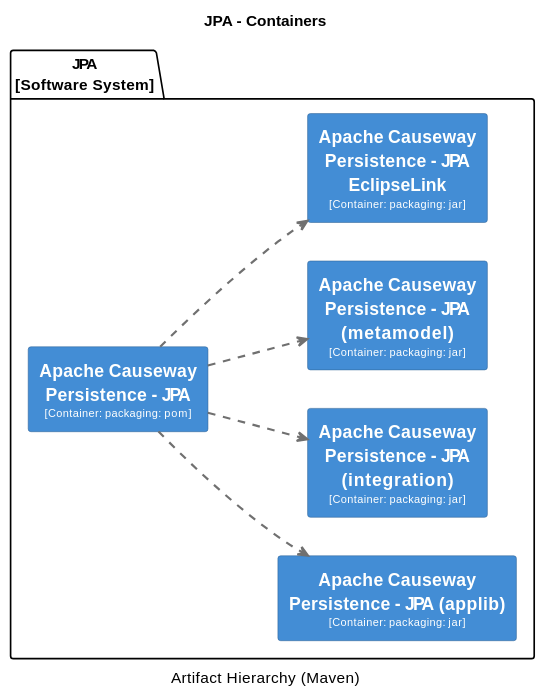
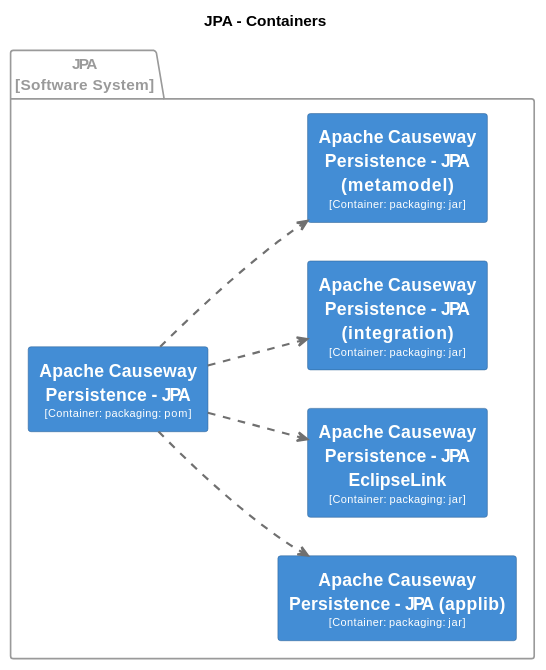
The tenth of 31 diagrams in core/adoc/modules/_overview/pages/about.adoc (apache/causeway), drawn with PlantUML before and after one commit. The commit also changed other lines of this file and 7 other files, not shown here.

```diff
--- a/core/adoc/modules/_overview/pages/about.adoc
+++ b/core/adoc/modules/_overview/pages/about.adoc
@@ -2010,53 +2321,61 @@
 [plantuml,JPA,svg]
 ----
-@startuml(id=JPA)
+@startuml
+set separator none
 title JPA - Containers
-caption Artifact Hierarchy (Maven)
+
+left to right direction
 
 skinparam {
   shadowing false
   arrowFontSize 10
   defaultTextAlignment center
   wrapWidth 200
   maxMessageSize 100
 }
+
 hide stereotype
-left to right direction
-skinparam rectangle<<2>> {
+
+skinparam rectangle<<JPA.ApacheCausewayPersistenceJPA>> {
   BackgroundColor #438dd5
   FontColor #fffffe
   BorderColor #2e6295
 }
-skinparam rectangle<<3>> {
+skinparam rectangle<<JPA.ApacheCausewayPersistenceJPAapplib>> {
   BackgroundColor #438dd5
   FontColor #fffffe
   BorderColor #2e6295
 }
-skinparam rectangle<<4>> {
+skinparam rectangle<<JPA.ApacheCausewayPersistenceJPAintegration>> {
   BackgroundColor #438dd5
   FontColor #fffffe
   BorderColor #2e6295
 }
-skinparam rectangle<<5>> {
+skinparam rectangle<<JPA.ApacheCausewayPersistenceJPAmetamodel>> {
   BackgroundColor #438dd5
   FontColor #fffffe
   BorderColor #2e6295
 }
-skinparam rectangle<<6>> {
+skinparam rectangle<<JPA.ApacheCausewayPersistenceJPAEclipseLink>> {
   BackgroundColor #438dd5
   FontColor #fffffe
   BorderColor #2e6295
 }
-package "JPA\n[Software System]" {
-  rectangle "==Apache Causeway Persistence - JPA\n<size:10>[Container: packaging: pom]</size>" <<2>> as 2
-  rectangle "==Apache Causeway Persistence - JPA (applib)\n<size:10>[Container: packaging: jar]</size>" <<3>> as 3
-  rectangle "==Apache Causeway Persistence - JPA (integration)\n<size:10>[Container: packaging: jar]</size>" <<5>> as 5
-  rectangle "==Apache Causeway Persistence - JPA (metamodel)\n<size:10>[Container: packaging: jar]</size>" <<6>> as 6
-  rectangle "==Apache Causeway Persistence - JPA EclipseLink\n<size:10>[Container: packaging: jar]</size>" <<4>> as 4
+
+package "JPA\n[Software System]" <<JPA>> {
+  skinparam PackageBorderColor<<JPA>> #9a9a9a
+  skinparam PackageFontColor<<JPA>> #9a9a9a
+
+  rectangle "==Apache Causeway Persistence - JPA\n<size:10>[Container: packaging: pom]</size>" <<JPA.ApacheCausewayPersistenceJPA>> as JPA.ApacheCausewayPersistenceJPA
+  rectangle "==Apache Causeway Persistence - JPA (applib)\n<size:10>[Container: packaging: jar]</size>" <<JPA.ApacheCausewayPersistenceJPAapplib>> as JPA.ApacheCausewayPersistenceJPAapplib
+  rectangle "==Apache Causeway Persistence - JPA EclipseLink\n<size:10>[Container: packaging: jar]</size>" <<JPA.ApacheCausewayPersistenceJPAEclipseLink>> as JPA.ApacheCausewayPersistenceJPAEclipseLink
+  rectangle "==Apache Causeway Persistence - JPA (integration)\n<size:10>[Container: packaging: jar]</size>" <<JPA.ApacheCausewayPersistenceJPAintegration>> as JPA.ApacheCausewayPersistenceJPAintegration
+  rectangle "==Apache Causeway Persistence - JPA (metamodel)\n<size:10>[Container: packaging: jar]</size>" <<JPA.ApacheCausewayPersistenceJPAmetamodel>> as JPA.ApacheCausewayPersistenceJPAmetamodel
 }
-2 .[#707070,thickness=2].> 3 : ""
-2 .[#707070,thickness=2].> 5 : ""
-2 .[#707070,thickness=2].> 6 : ""
-2 .[#707070,thickness=2].> 4 : ""
+
+JPA.ApacheCausewayPersistenceJPA .[#707070,thickness=2].> JPA.ApacheCausewayPersistenceJPAmetamodel : "<color:#707070>"
+JPA.ApacheCausewayPersistenceJPA .[#707070,thickness=2].> JPA.ApacheCausewayPersistenceJPAapplib : "<color:#707070>"
+JPA.ApacheCausewayPersistenceJPA .[#707070,thickness=2].> JPA.ApacheCausewayPersistenceJPAEclipseLink : "<color:#707070>"
+JPA.ApacheCausewayPersistenceJPA .[#707070,thickness=2].> JPA.ApacheCausewayPersistenceJPAintegration : "<color:#707070>"
 @enduml
 ----
```
